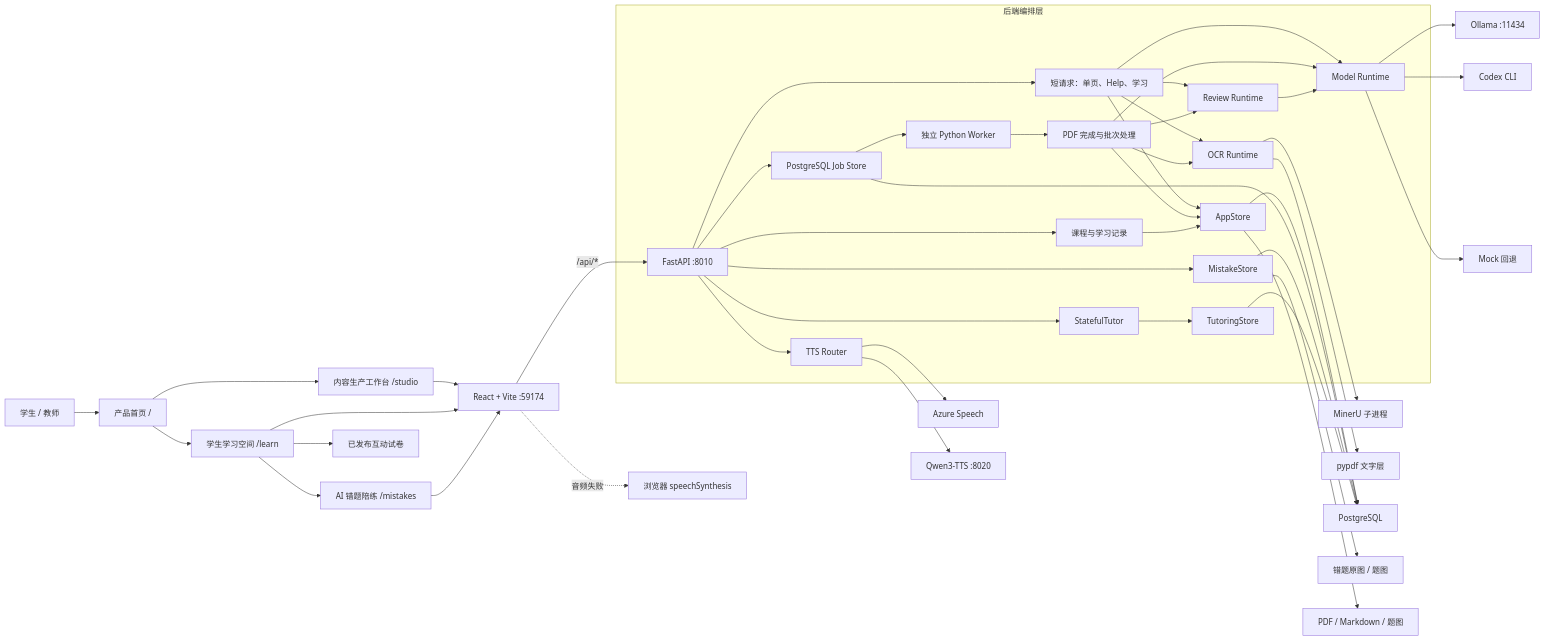
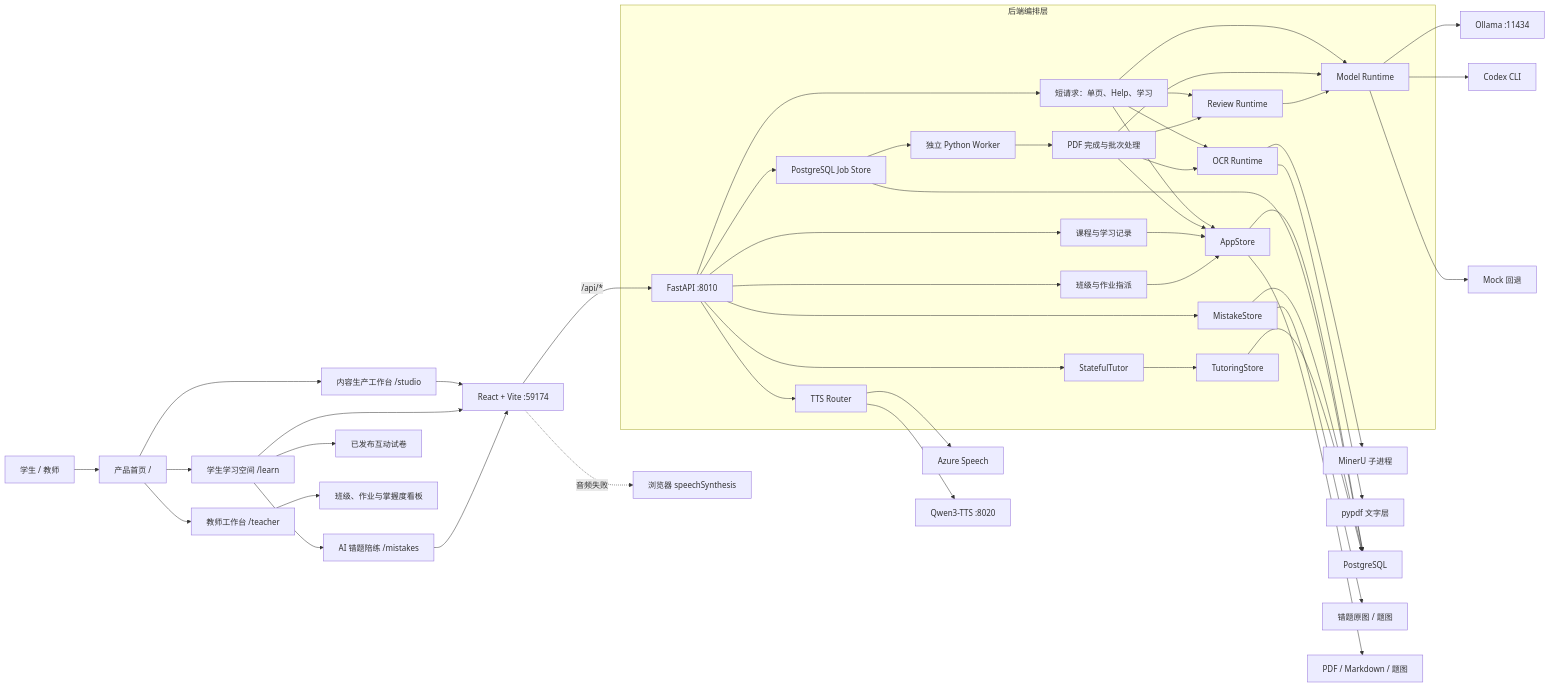
Before and after one commit to ningkaikok/dotty-tutor: the first of 6 diagrams in docs/architecture.md, drawn with Mermaid. The commit also changed other lines of this file and 36 other files, not shown here.

Commit message:
feat(classroom): add assignments and teacher mastery dashboard

````diff
--- a/docs/architecture.md
+++ b/docs/architecture.md
@@ -12,49 +12,53 @@
 ```mermaid
 flowchart LR
   User["学生 / 教师"] --> Home["产品首页 /"]
   Home --> Student["学生学习空间 /learn"]
+  Home --> Teacher["教师工作台 /teacher"]
   Home --> Studio["内容生产工作台 /studio"]
   Student --> Mistakes["AI 错题陪练 /mistakes"]
   Student --> Papers["已发布互动试卷"]
+  Teacher --> Classroom["班级、作业与掌握度看板"]
   Studio --> Web["React + Vite :59174"]
   Student --> Web
   Mistakes --> Web
   Web -->|"/api/*"| API["FastAPI :8010"]
 
   subgraph Backend["后端编排层"]
     API --> Pipeline["短请求：单页、Help、学习"]
     API --> JobStore["PostgreSQL Job Store"]
     JobStore --> Worker["独立 Python Worker"]
     Worker --> Processing["PDF 完成与批次处理"]
     API --> Learning["课程与学习记录"]
+    API --> ClassroomAPI["班级与作业指派"]
     Pipeline --> OCR["OCR Runtime"]
     Pipeline --> Model["Model Runtime"]
     Pipeline --> Review["Review Runtime"]
     Pipeline --> Store["AppStore"]
     Processing --> OCR
     Processing --> Model
     Processing --> Review
     Processing --> Store
     Learning --> Store
+    ClassroomAPI --> Store
     API --> TTS["TTS Router"]
     API --> MistakeStore["MistakeStore"]
     API --> Tutor["StatefulTutor"]
     Tutor --> ThreadStore["TutoringStore"]
     Review --> Model
   end
 
   OCR --> MinerU["MinerU 子进程"]
   OCR --> PyPDF["pypdf 文字层"]
   Model --> Ollama["Ollama :11434"]
   Model --> Codex["Codex CLI"]
   Model --> Mock["Mock 回退"]
   Store --> PostgreSQL["PostgreSQL"]
   JobStore --> PostgreSQL
   MistakeStore --> PostgreSQL
   ThreadStore --> PostgreSQL
   MistakeStore --> MistakeFiles["错题原图 / 题图"]
   Store --> Files["PDF / Markdown / 题图"]
   TTS --> Azure["Azure Speech"]
   TTS --> Qwen["Qwen3-TTS :8020"]
   Web -. "音频失败" .-> BrowserTTS["浏览器 speechSynthesis"]
 ```
````
